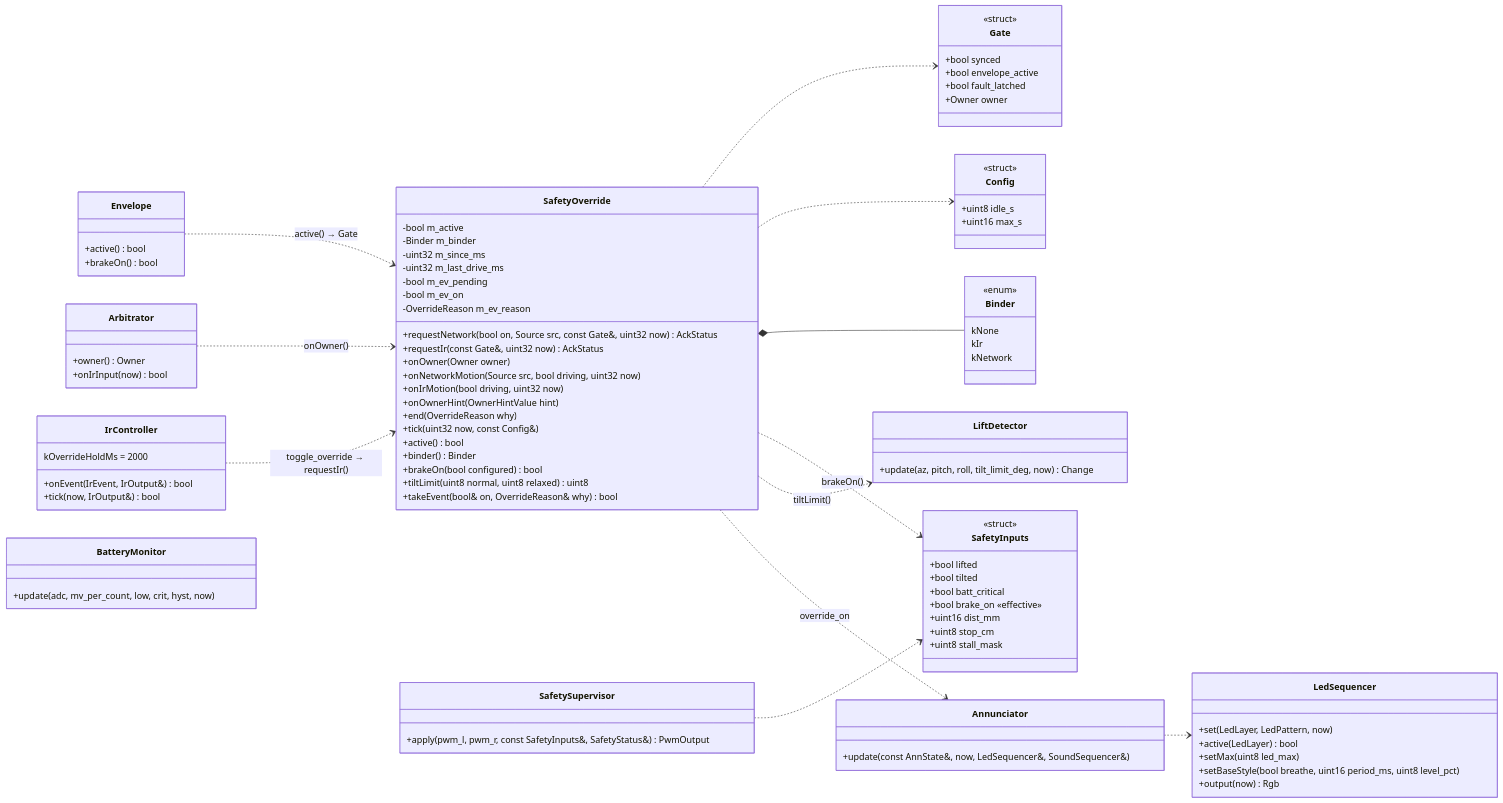
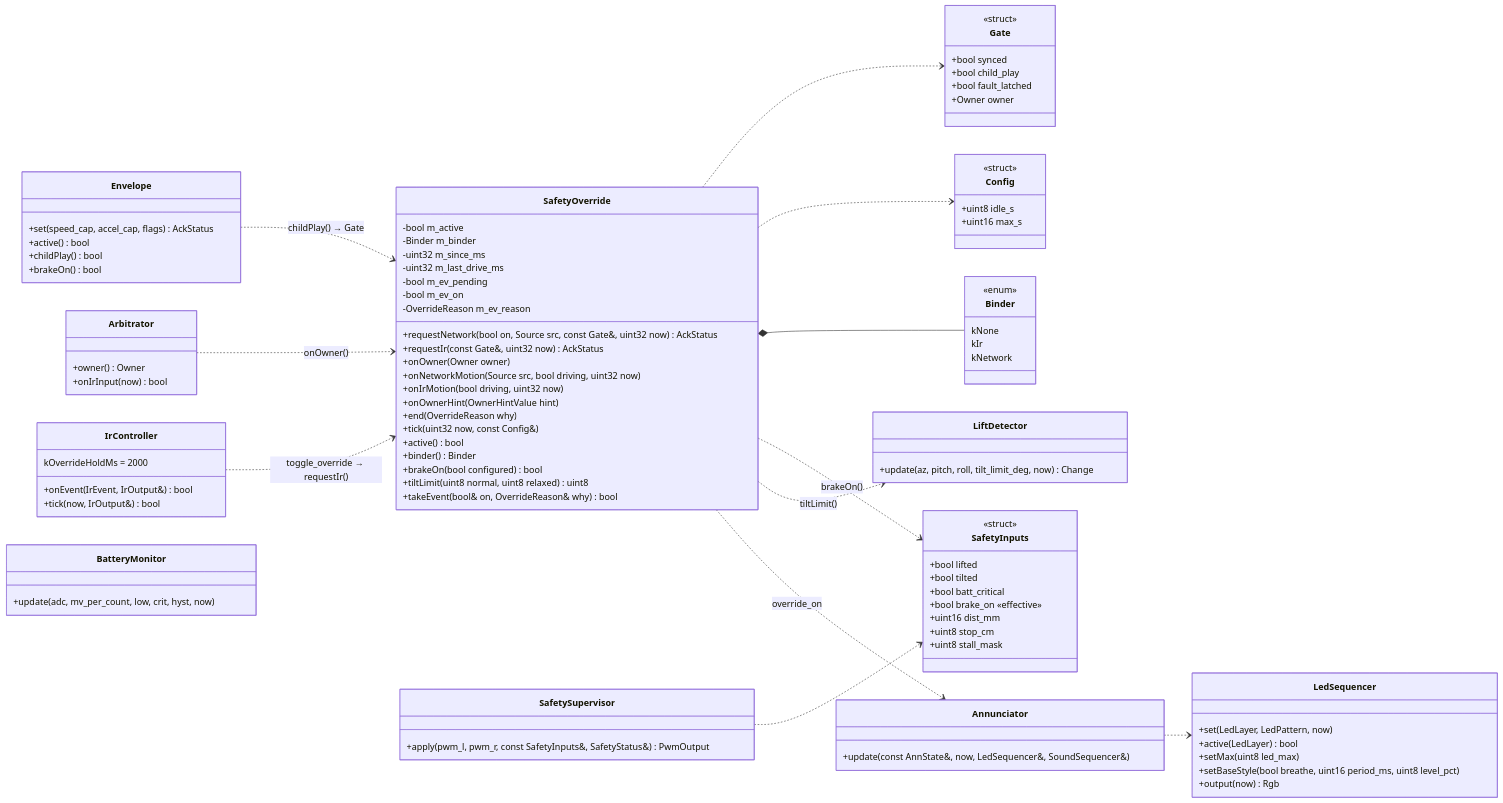
Before and after one commit to mannuray/conqueror: diagram 25 of 27 in docs/lld/uno-firmware-lld.md, drawn with Mermaid. The commit also changed other lines of this file and 11 other files, not shown here.

```diff
--- a/docs/lld/uno-firmware-lld.md
+++ b/docs/lld/uno-firmware-lld.md
@@ -1359,7 +1359,7 @@
     class Gate {
       <<struct>>
       +bool synced
-      +bool envelope_active
+      +bool child_play
       +bool fault_latched
       +Owner owner
     }
@@ -1391,7 +1391,9 @@
       +update(az, pitch, roll, tilt_limit_deg, now) Change
     }
     class Envelope {
+      +set(speed_cap, accel_cap, flags) AckStatus
       +active() bool
+      +childPlay() bool
       +brakeOn() bool
     }
     class Arbitrator {
@@ -1422,7 +1424,7 @@
     SafetySupervisor ..> SafetyInputs
     SafetyOverride ..> SafetyInputs : brakeOn()
     SafetyOverride ..> LiftDetector : tiltLimit()
-    Envelope ..> SafetyOverride : active() → Gate
+    Envelope ..> SafetyOverride : childPlay() → Gate
     Arbitrator ..> SafetyOverride : onOwner()
     IrController ..> SafetyOverride : toggle_override → requestIr()
     SafetyOverride ..> Annunciator : override_on
```
